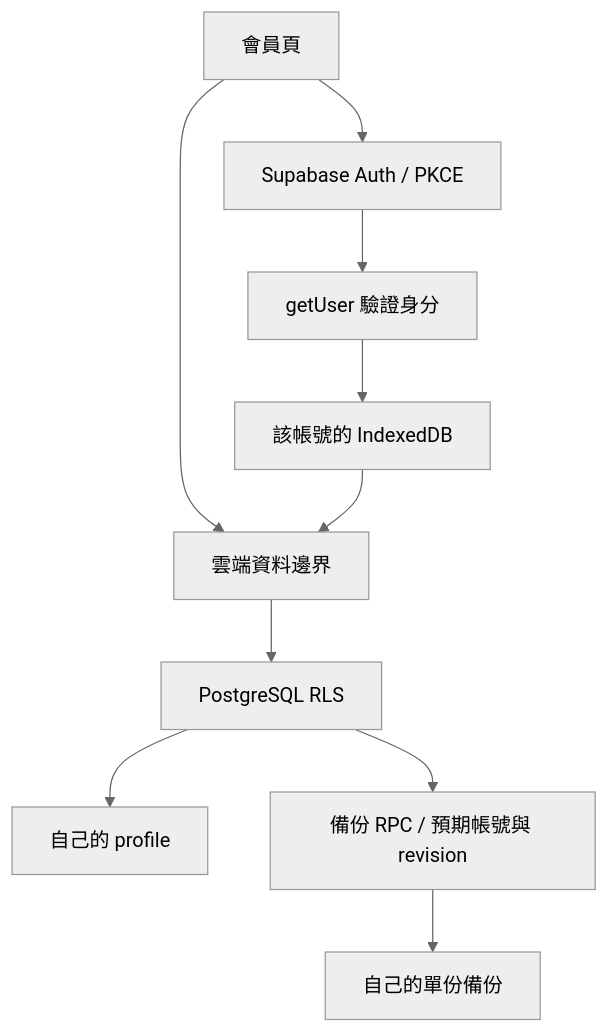
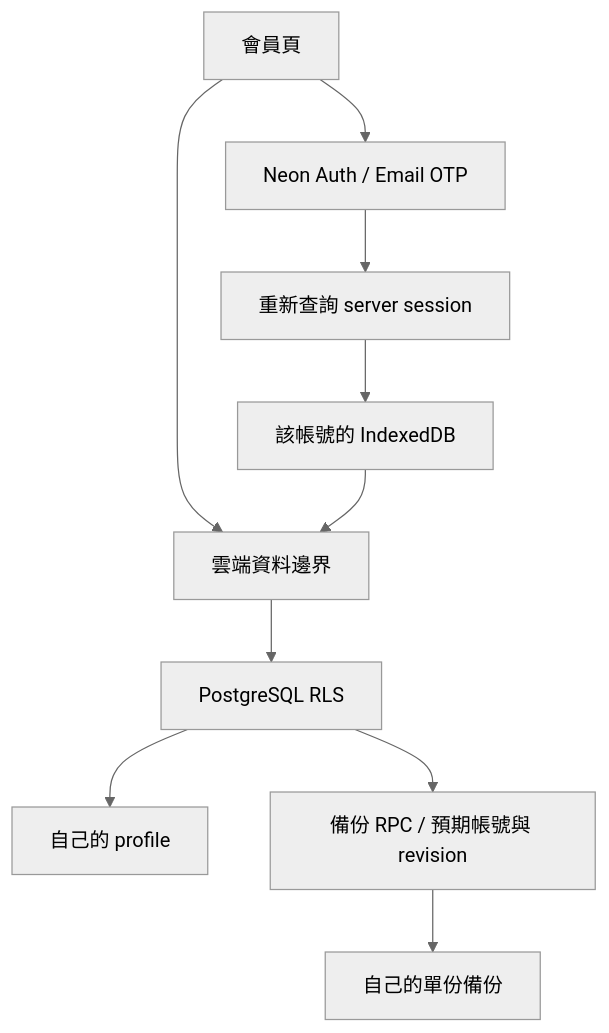
One commit to ntustRay/dev-map-lab changed the second of 2 diagrams in docs/ARCHITECTURE.md. Above: the diagram before and after it, drawn with Mermaid (neutral theme). The commit also changed other lines of this file and 28 other files, not shown here.

````diff
--- a/docs/ARCHITECTURE.md
+++ b/docs/ARCHITECTURE.md
@@ -63,12 +63,12 @@
 ```mermaid
 flowchart TD
-  ui["會員頁"] --> auth["Supabase Auth / PKCE"]
-  auth --> identity["getUser 驗證身分"]
+  ui["會員頁"] --> auth["Neon Auth / Email OTP"]
+  auth --> identity["重新查詢 server session"]
   identity --> local["該帳號的 IndexedDB"]
   ui --> adapter["雲端資料邊界"]
   local --> adapter
   adapter --> rls["PostgreSQL RLS"]
   rls --> profile["自己的 profile"]
   rls --> rpc["備份 RPC / 預期帳號與 revision"]
   rpc --> snapshot["自己的單份備份"]
 ```
````
